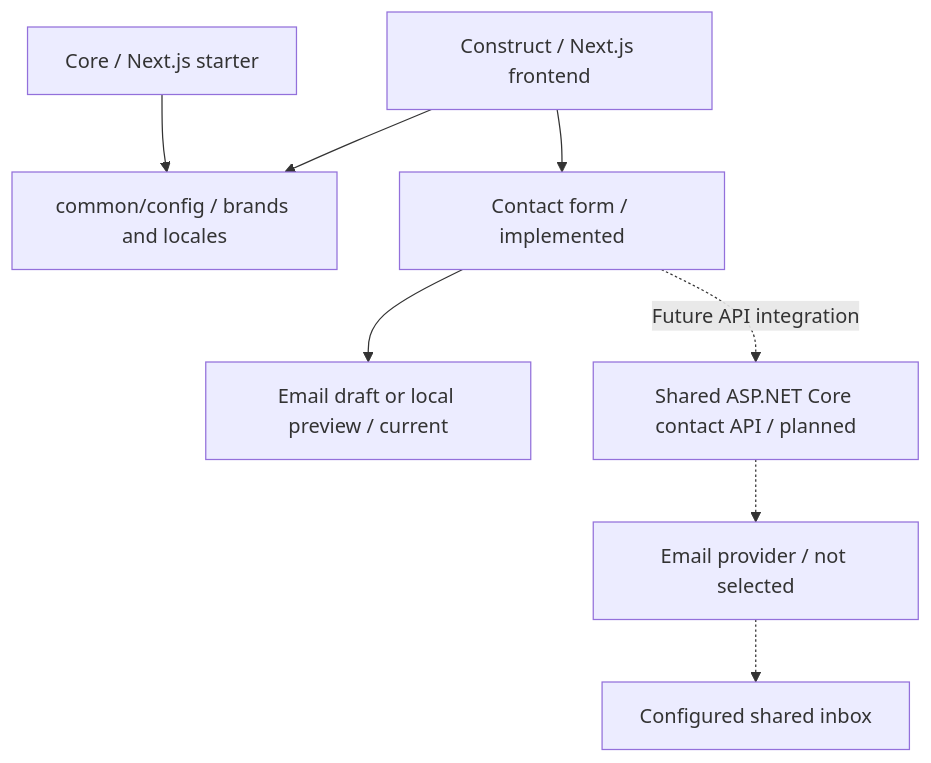
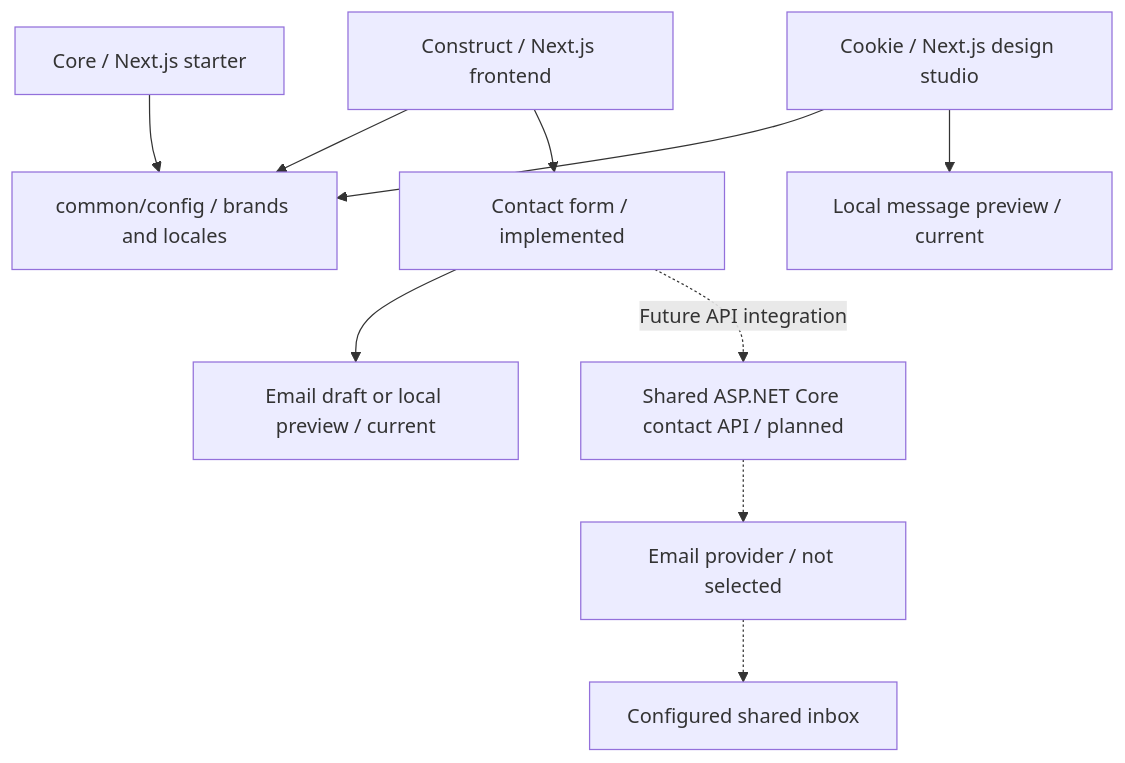
One commit to YioGoi/core-initiative changed the diagram in docs/architecture.md. Above: the diagram before and after it, drawn with Mermaid. The commit also changed other lines of this file and 34 other files, not shown here.

Commit message:
feat: add multilingual Cookie design studio

````diff
--- a/docs/architecture.md
+++ b/docs/architecture.md
@@ -9,10 +9,12 @@
 ```mermaid
 flowchart TD
     Core["Core / Next.js starter"] --> Config["common/config / brands and locales"]
     Construct["Construct / Next.js frontend"] --> Config
+    Cookie["Cookie / Next.js design studio"] --> Config
+    Cookie --> CookiePreview["Local message preview / current"]
     Construct --> Form["Contact form / implemented"]
     Form --> Draft["Email draft or local preview / current"]
     Form -. "Future API integration" .-> API["Shared ASP.NET Core contact API / planned"]
     API -.-> Provider["Email provider / not selected"]
     Provider -.-> Inbox["Configured shared inbox"]
 ```
````
